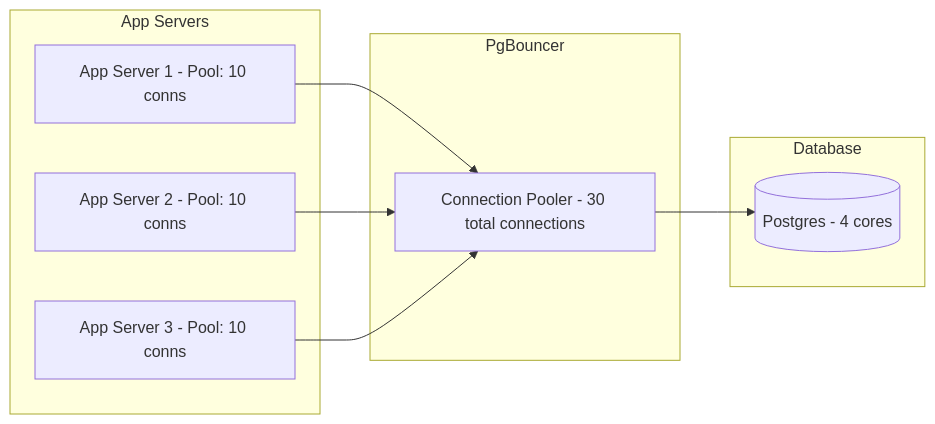
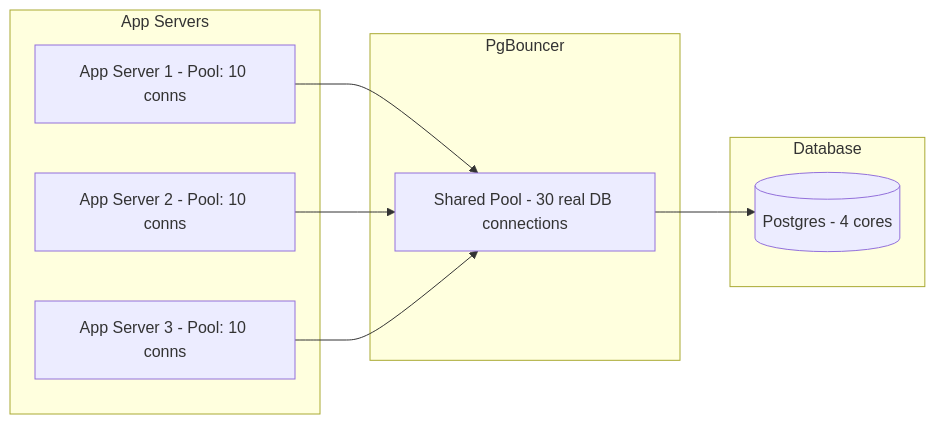
One commit to Dummy-Bug/system-design-handbook changed the third of 3 diagrams in System Design/SDE2/05-Storage-and-Databases/16-Connection-Pooling/02-Connection-Pool.md. Above: the diagram before and after it, drawn with Mermaid. The commit also changed other lines of this file and 16 other files, not shown here.

````diff
--- a/System Design/SDE2/05-Storage-and-Databases/16-Connection-Pooling/02-Connection-Pool.md
+++ b/System Design/SDE2/05-Storage-and-Databases/16-Connection-Pooling/02-Connection-Pool.md
@@ -134,18 +165,18 @@
 ```mermaid
 flowchart LR
     subgraph App Servers
         A1[App Server 1 - Pool: 10 conns]
         A2[App Server 2 - Pool: 10 conns]
         A3[App Server 3 - Pool: 10 conns]
     end
     subgraph PgBouncer
-        PB[Connection Pooler - 30 total connections]
+        PB[Shared Pool - 30 real DB connections]
     end
     subgraph Database
         DB[(Postgres - 4 cores)]
     end
     A1 --> PB
     A2 --> PB
     A3 --> PB
     PB --> DB
 ```
````
